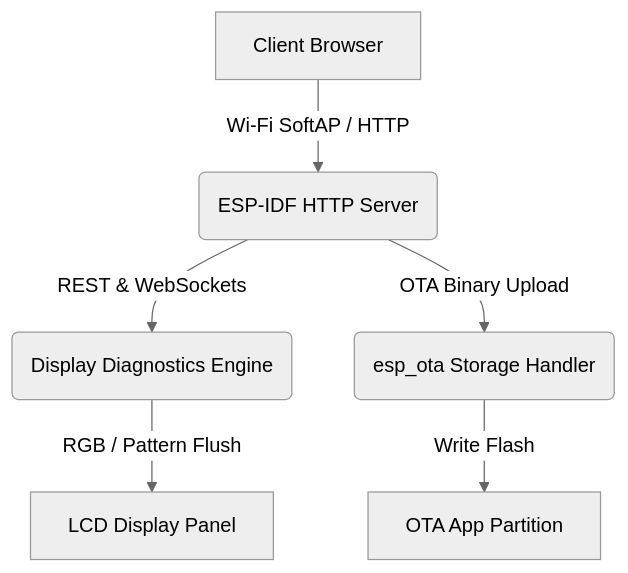
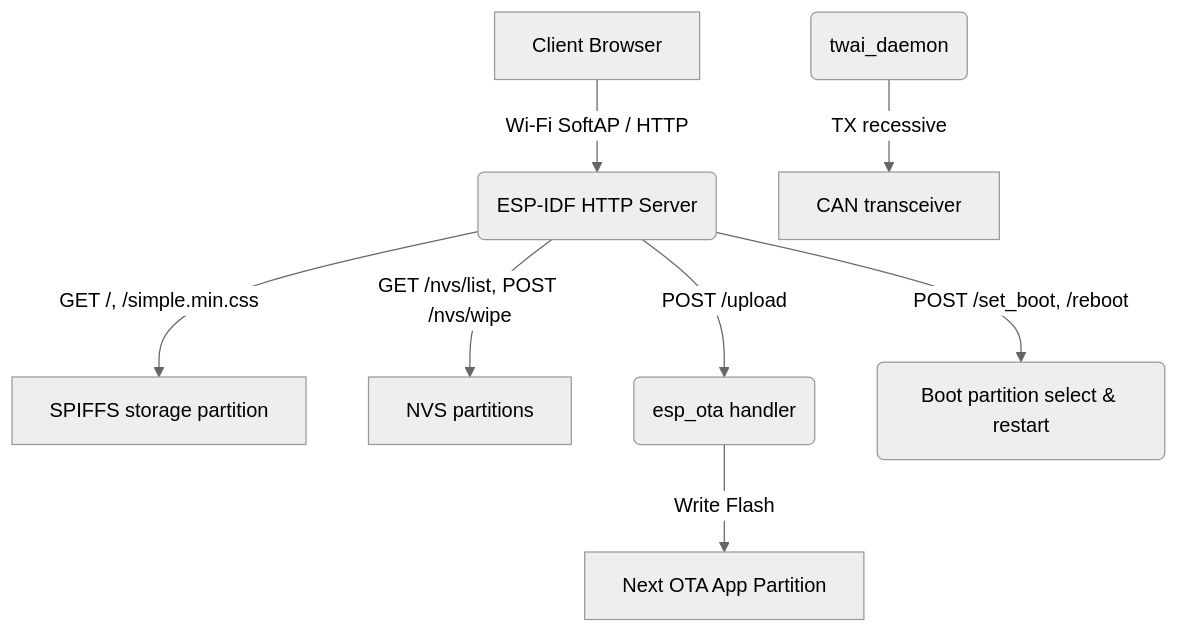
The diagram in factory apps/left display factory app/TOO.MD (martinroger/vx-binocle-espidf), drawn with Mermaid (neutral theme) before and after one commit. The commit also changed other lines of this file and 26 other files, not shown here.

````diff
--- a/factory apps/left display factory app/TOO.MD
+++ b/factory apps/left display factory app/TOO.MD
@@ -5,8 +5,10 @@
 ```mermaid
 graph TD
     A[Client Browser] -->|Wi-Fi SoftAP / HTTP| B(ESP-IDF HTTP Server)
-    B -->|REST & WebSockets| C(Display Diagnostics Engine)
-    C -->|RGB / Pattern Flush| D[LCD Display Panel]
-    B -->|OTA Binary Upload| E(esp_ota Storage Handler)
-    E -->|Write Flash| F[OTA App Partition]
+    B -->|GET /, /simple.min.css| S[SPIFFS storage partition]
+    B -->|GET /nvs/list, POST /nvs/wipe| N[NVS partitions]
+    B -->|POST /upload| E(esp_ota handler)
+    E -->|Write Flash| F[Next OTA App Partition]
+    B -->|POST /set_boot, /reboot| R(Boot partition select & restart)
+    T(twai_daemon) -->|TX recessive| CAN[CAN transceiver]
 ```
````
